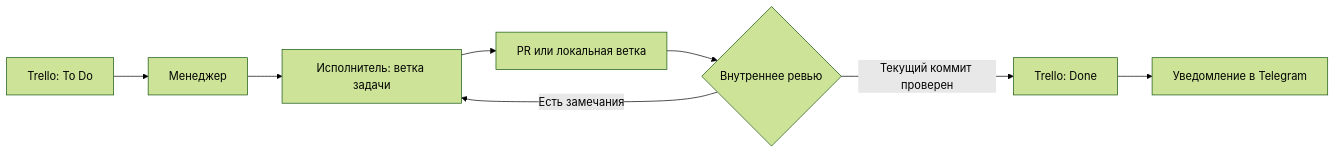
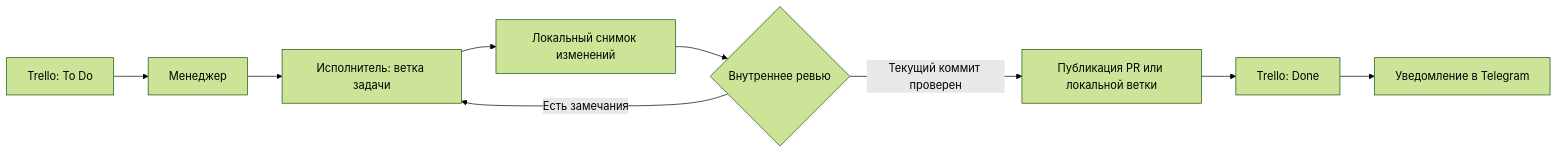
One commit to UGamerZ/codex-orchestrator changed the diagram in docs/ru/README.md. Above: the diagram before and after it, drawn with Mermaid (forest theme). The commit also changed other lines of this file and 15 other files, not shown here.

````diff
--- a/docs/ru/README.md
+++ b/docs/ru/README.md
@@ -51,10 +51,11 @@
 ```mermaid
 flowchart LR
     Todo["Trello: To Do"] --> Manager["Менеджер"]
     Manager --> Executor["Исполнитель: ветка задачи"]
-    Executor --> Changes["PR или локальная ветка"]
+    Executor --> Changes["Локальный снимок изменений"]
     Changes --> Review{"Внутреннее ревью"}
     Review -->|Есть замечания| Executor
-    Review -->|Текущий коммит проверен| Done["Trello: Done"]
+    Review -->|Текущий коммит проверен| Publish["Публикация PR или локальной ветки"]
+    Publish --> Done["Trello: Done"]
     Done --> Telegram["Уведомление в Telegram"]
 ```
````
